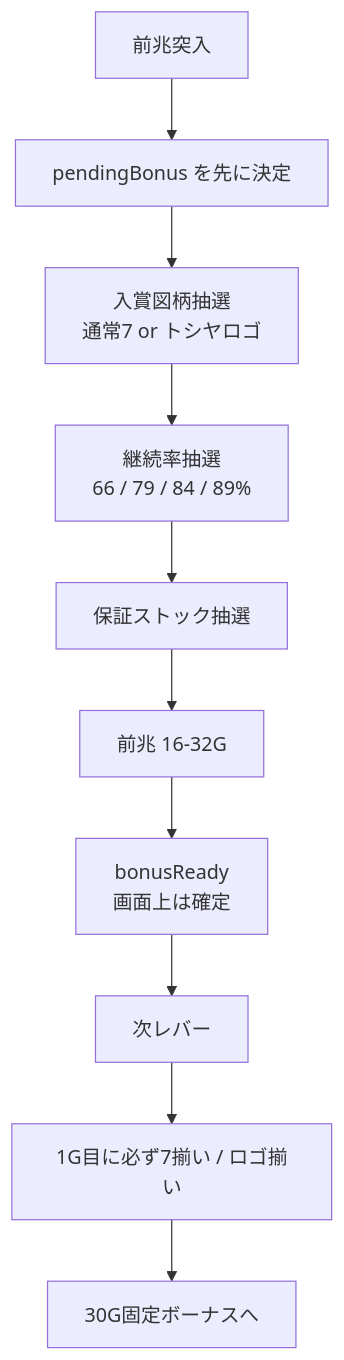
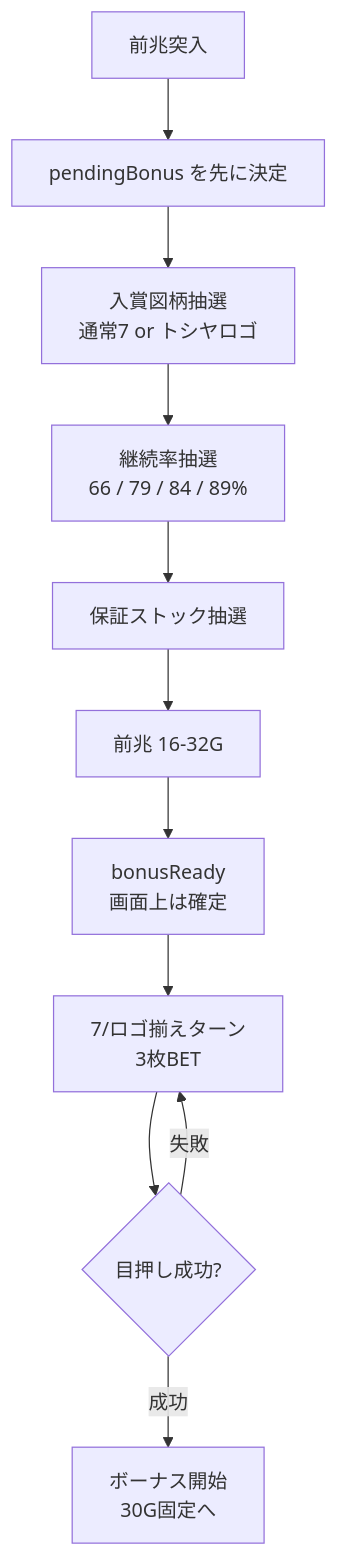
One commit to MikenekoM/MikenekoM--toshiyaizm-slot changed the third of 6 diagrams in docs/v2-lottery-transition-diagram.md. Above: the diagram before and after it, drawn with Mermaid. The commit also changed other lines of this file and 12 other files, not shown here.

Commit message:
Adjust V2 meoshi and bonus entry flow

````diff
--- a/docs/v2-lottery-transition-diagram.md
+++ b/docs/v2-lottery-transition-diagram.md
@@ -105,12 +105,13 @@
 ```mermaid
 flowchart TD
   A["前兆突入"] --> B["pendingBonus を先に決定"]
   B --> C["入賞図柄抽選<br/>通常7 or トシヤロゴ"]
   C --> D["継続率抽選<br/>66 / 79 / 84 / 89%"]
   D --> E["保証ストック抽選"]
   E --> F["前兆 16-32G"]
   F --> G["bonusReady<br/>画面上は確定"]
-  G --> H["次レバー"]
-  H --> I["1G目に必ず7揃い / ロゴ揃い"]
-  I --> J["30G固定ボーナスへ"]
+  G --> H["7/ロゴ揃えターン<br/>3枚BET"]
+  H --> I{"目押し成功?"}
+  I -->|成功| J["ボーナス開始<br/>30G固定へ"]
+  I -->|失敗| H
 ```
````
